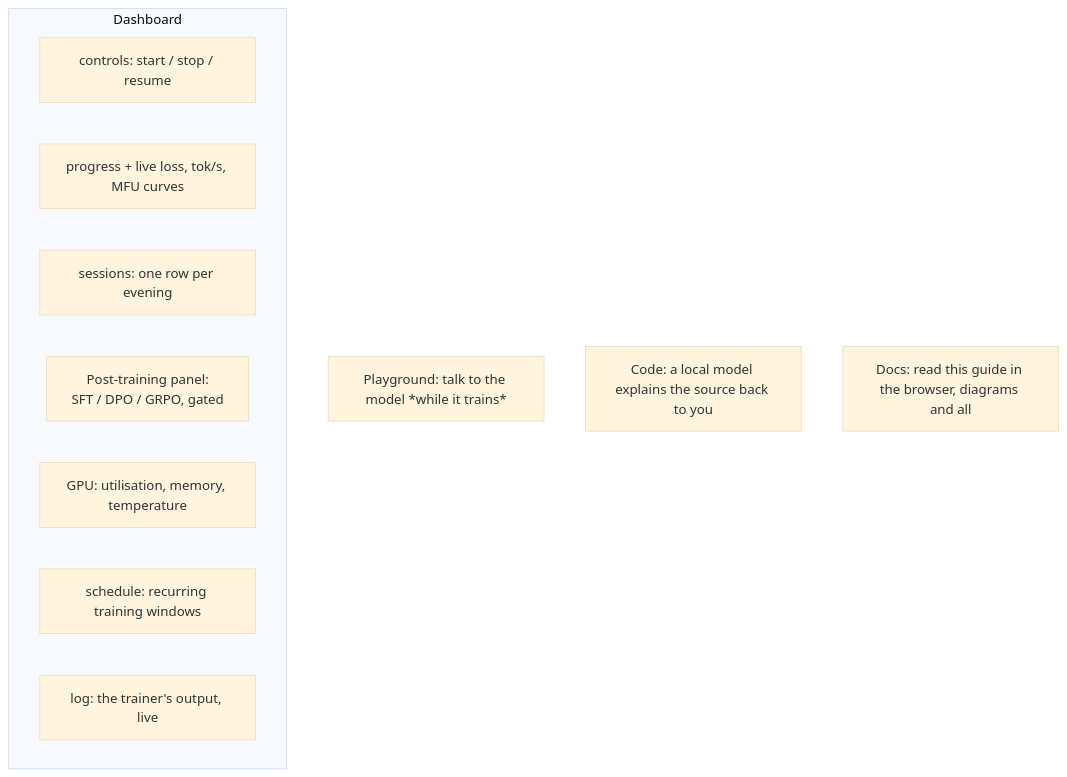
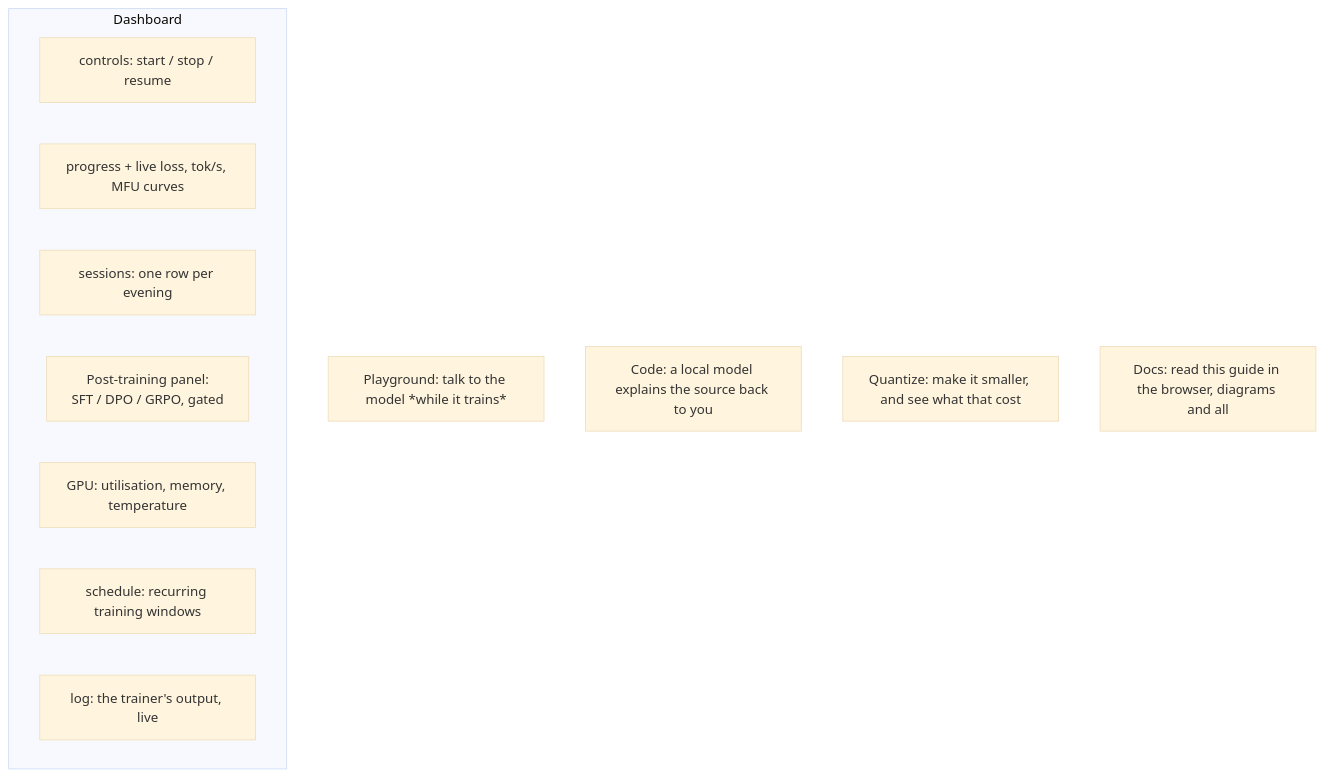
The fourth of 4 diagrams in docs/09-running-and-watching.md (kunwarmahen/aksharallm), drawn with Mermaid (base theme) before and after one commit. The commit also changed other lines of this file and 6 other files, not shown here.

````diff
--- a/docs/09-running-and-watching.md
+++ b/docs/09-running-and-watching.md
@@ -126,15 +126,16 @@
 ```mermaid
 flowchart TD
     subgraph Dashboard
         C[controls: start / stop / resume]
         PR[progress + live loss, tok/s, MFU curves]
         SE[sessions: one row per evening]
         PT["Post-training panel:<br/>SFT / DPO / GRPO, gated"]
         GP[GPU: utilisation, memory, temperature]
         SC[schedule: recurring training windows]
         LG[log: the trainer's output, live]
     end
     Play[Playground: talk to the model *while it trains*]
     Code[Code: a local model explains the source back to you]
+    Quant[Quantize: make it smaller, and see what that cost]
     Docs[Docs: read this guide in the browser, diagrams and all]
 ```
````
